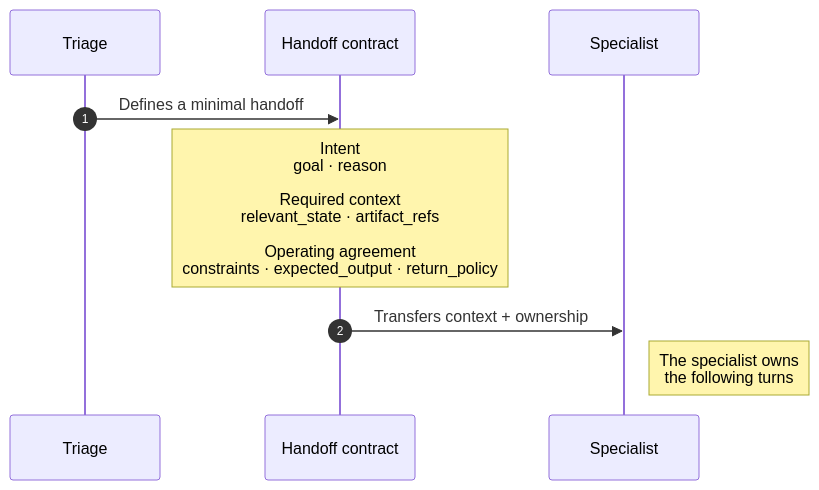
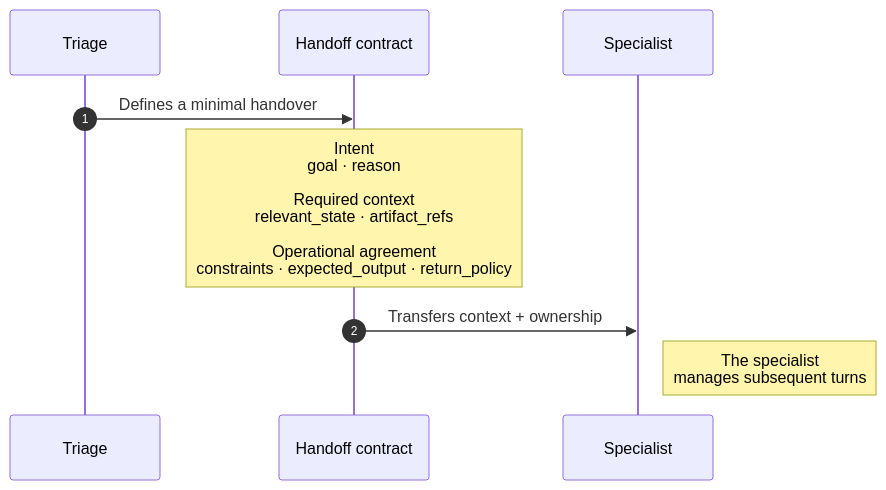
Before and after one commit to Rkomi98/MyBlog: the ninth of 9 diagrams in files/AI Engineering/Multiagent SOTA 2026_en.md, drawn with Mermaid. The commit also changed other lines of this file and 17 other files, not shown here.

````diff
--- a/files/AI Engineering/Multiagent SOTA 2026_en.md
+++ b/files/AI Engineering/Multiagent SOTA 2026_en.md
@@ -415,12 +450,12 @@
 ```mermaid
 sequenceDiagram
     autonumber
     participant T as Triage
     participant C as Handoff contract
     participant S as Specialist
 
-    T->>C: Defines a minimal handoff
-    Note over C: Intent<br/>goal · reason<br/><br/>Required context<br/>relevant_state · artifact_refs<br/><br/>Operating agreement<br/>constraints · expected_output · return_policy
+    T->>C: Defines a minimal handover
+    Note over C: Intent<br/>goal · reason<br/><br/>Required context<br/>relevant_state · artifact_refs<br/><br/>Operational agreement<br/>constraints · expected_output · return_policy
     C->>S: Transfers context + ownership
-    Note right of S: The specialist owns<br/>the following turns
+    Note right of S: The specialist<br/>manages subsequent turns
 ```
````
